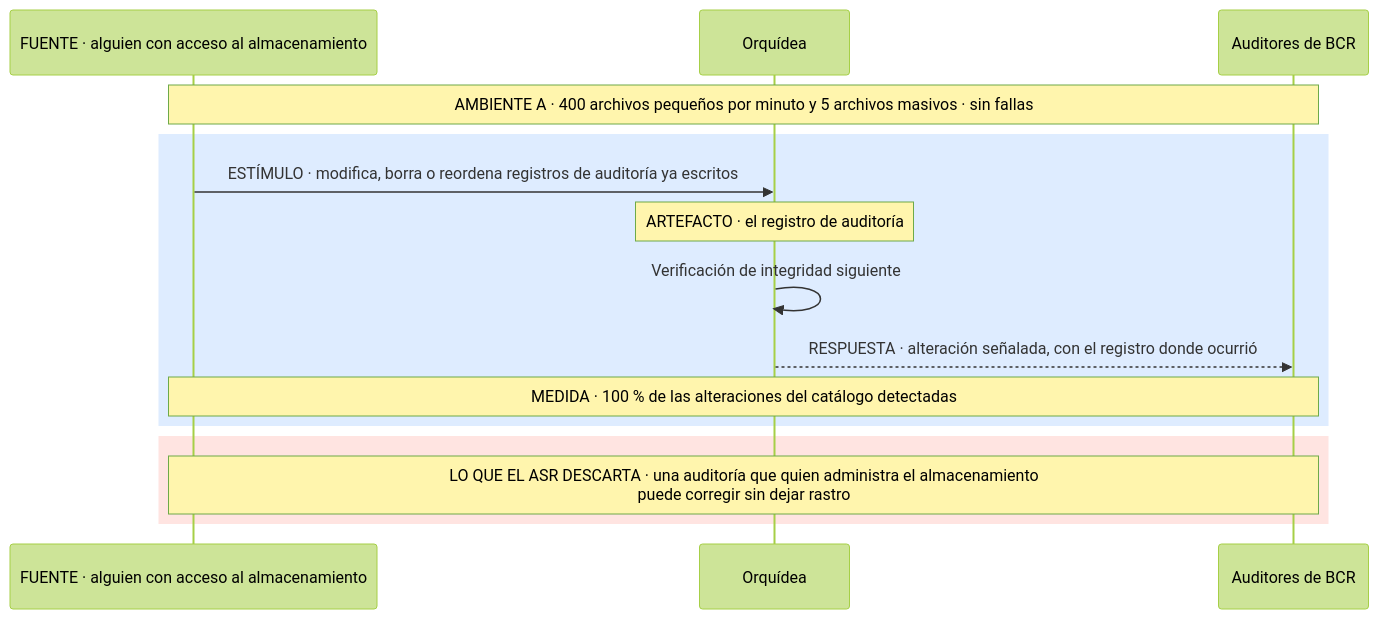
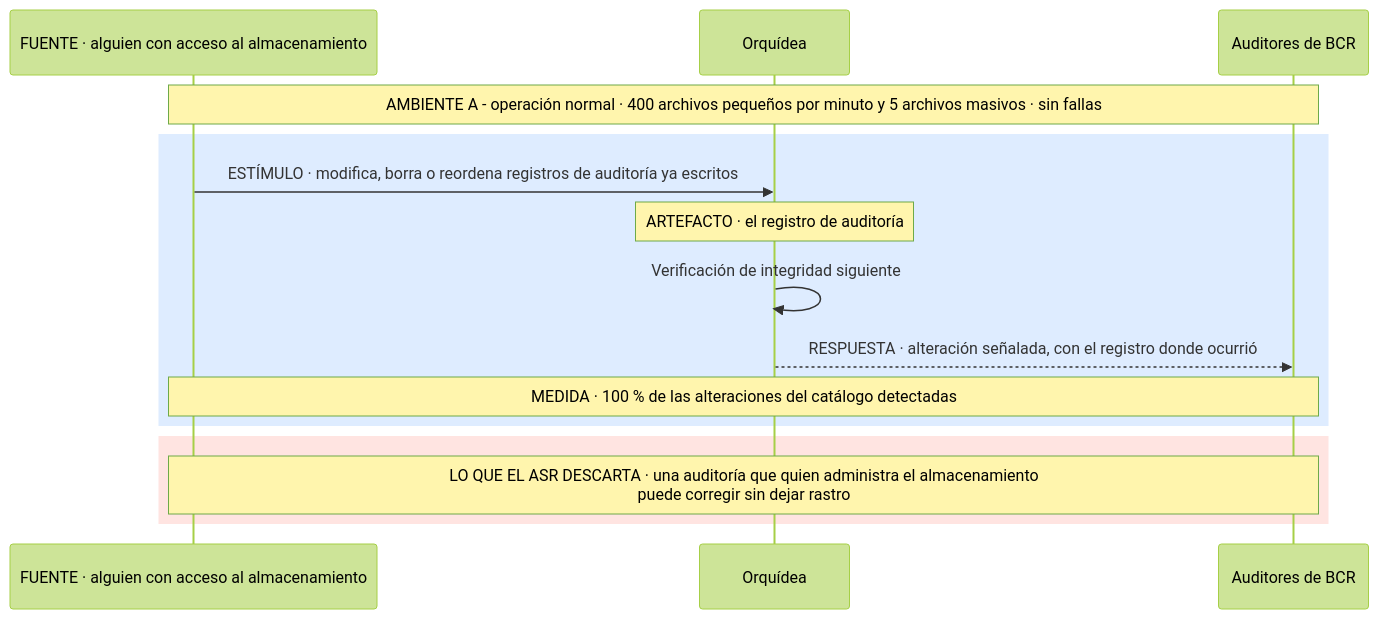
Before and after one commit to MATI-MBIT/arqsoft-reto-4: diagram 16 of 17 in docs/quality-attributes.md, drawn with Mermaid (forest theme). The commit also changed other lines of this file and 6 other files, not shown here.

````diff
--- a/docs/quality-attributes.md
+++ b/docs/quality-attributes.md
@@ -709,17 +709,17 @@
 ```mermaid
 sequenceDiagram
     participant X as FUENTE · alguien con acceso al almacenamiento
     participant O as Orquídea
     participant Au as Auditores de BCR
-    Note over X,Au: AMBIENTE A · 400 archivos pequeños por minuto y 5 archivos masivos · sin fallas
+    Note over X,Au: AMBIENTE A - operación normal · 400 archivos pequeños por minuto y 5 archivos masivos · sin fallas
     rect rgb(222, 236, 255)
     X->>O: ESTÍMULO · modifica, borra o reordena registros de auditoría ya escritos
     Note over O: ARTEFACTO · el registro de auditoría
     O->>O: Verificación de integridad siguiente
     O-->>Au: RESPUESTA · alteración señalada, con el registro donde ocurrió
     Note over X,Au: MEDIDA · 100 % de las alteraciones del catálogo detectadas
     end
     rect rgb(255, 228, 225)
     Note over X,Au: LO QUE EL ASR DESCARTA · una auditoría que quien administra el almacenamiento<br/>puede corregir sin dejar rastro
     end
 ```
````
